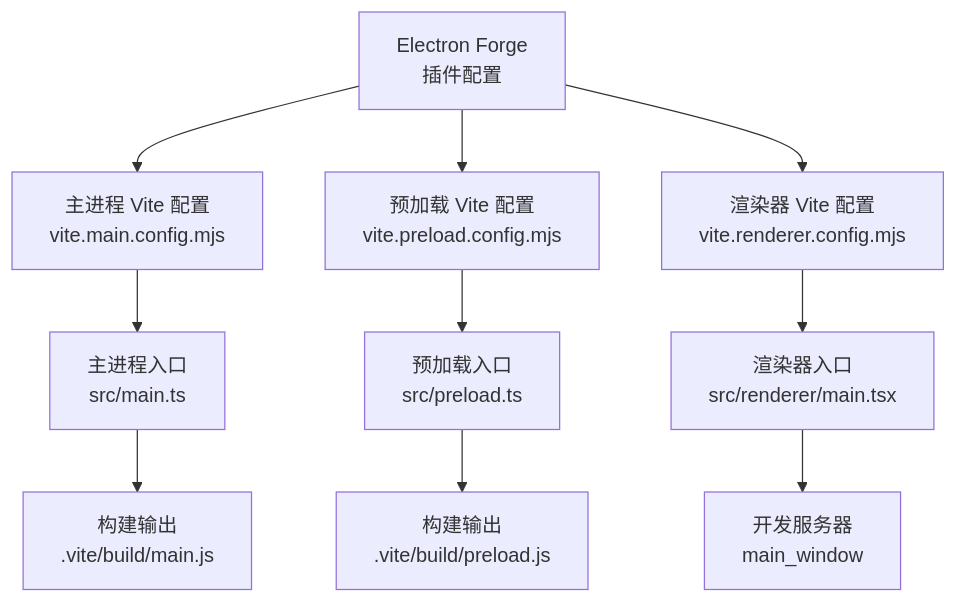
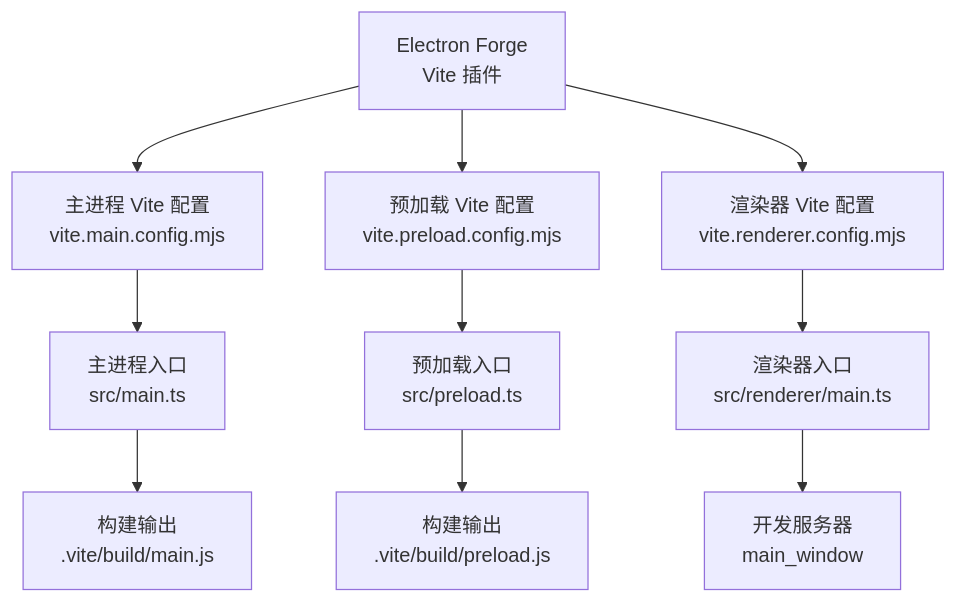
Before and after one commit to hallllla/QAQ-Agent: the first of 6 diagrams in .qoder/repowiki/zh/content/构建与部署/Vite 构建配置.md, drawn with Mermaid. The commit also changed other lines of this file and 23 other files, not shown here.

````diff
--- a/.qoder/repowiki/zh/content/构建与部署/Vite 构建配置.md
+++ b/.qoder/repowiki/zh/content/构建与部署/Vite 构建配置.md
@@ -40,12 +50,12 @@
 ```mermaid
 graph TB
-Forge["Electron Forge<br/>插件配置"] --> MainCfg["主进程 Vite 配置<br/>vite.main.config.mjs"]
+Forge["Electron Forge<br/>Vite 插件"] --> MainCfg["主进程 Vite 配置<br/>vite.main.config.mjs"]
 Forge --> PreloadCfg["预加载 Vite 配置<br/>vite.preload.config.mjs"]
 Forge --> RendererCfg["渲染器 Vite 配置<br/>vite.renderer.config.mjs"]
 MainCfg --> MainEntry["主进程入口<br/>src/main.ts"]
 PreloadCfg --> PreloadEntry["预加载入口<br/>src/preload.ts"]
-RendererCfg --> RendererEntry["渲染器入口<br/>src/renderer/main.tsx"]
+RendererCfg --> RendererEntry["渲染器入口<br/>src/renderer/main.ts"]
 MainEntry --> BuildOut["构建输出<br/>.vite/build/main.js"]
 PreloadEntry --> BuildOutPre["构建输出<br/>.vite/build/preload.js"]
 RendererEntry --> DevServer["开发服务器<br/>main_window"]
 ```
````
